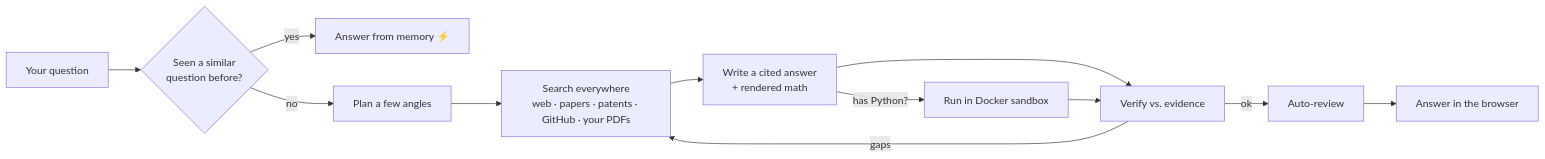
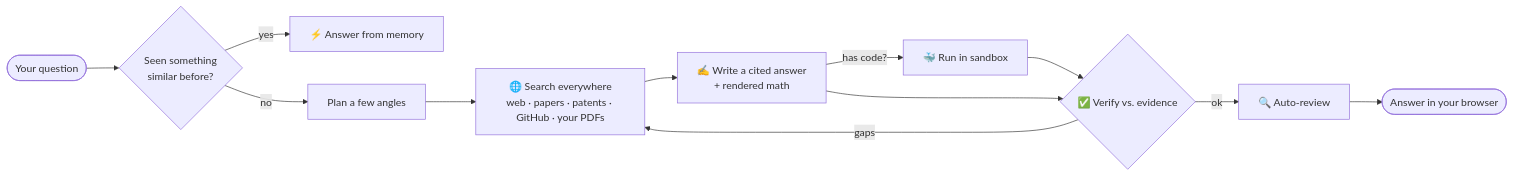
One commit to anistondeveloperteam-ANT/Audio-research-assistant changed the diagram in README.md. Above: the diagram before and after it, drawn with Mermaid. The commit also changed other lines of this file and 4 other files, not shown here.

````diff
--- a/README.md
+++ b/README.md
@@ -96,14 +143,13 @@
 ```mermaid
 flowchart LR
-    Q[Your question] --> M{Seen a similar<br/>question before?}
-    M -- yes --> CACHE[Answer from memory ⚡]
+    Q([Your question]) --> M{Seen something<br/>similar before?}
+    M -- yes --> CACHE[⚡ Answer from memory]
     M -- no --> PLAN[Plan a few angles]
-    PLAN --> SEARCH[Search everywhere<br/>web · papers · patents · GitHub · your PDFs]
-    SEARCH --> WRITE[Write a cited answer<br/>+ rendered math]
-    WRITE --> VERIFY[Verify vs. evidence]
+    PLAN --> SEARCH[🌐 Search everywhere<br/>web · papers · patents · GitHub · your PDFs]
+    SEARCH --> WRITE[✍️ Write a cited answer<br/>+ rendered math]
+    WRITE -- has code? --> DOCKER[🐳 Run in sandbox]
+    DOCKER --> VERIFY
+    WRITE --> VERIFY{✅ Verify vs. evidence}
     VERIFY -- gaps --> SEARCH
-    VERIFY -- ok --> REVIEW[Auto-review]
-    REVIEW --> OUT[Answer in the browser]
-    WRITE -- has Python? --> DOCKER[Run in Docker sandbox]
-    DOCKER --> VERIFY
+    VERIFY -- ok --> REVIEW[🔍 Auto‑review] --> OUT([Answer in your browser])
 ```
````
